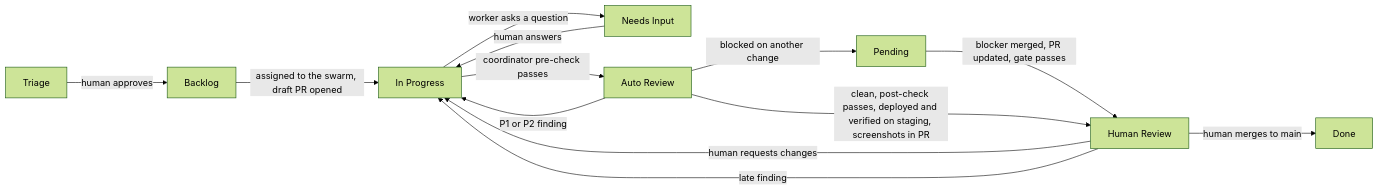
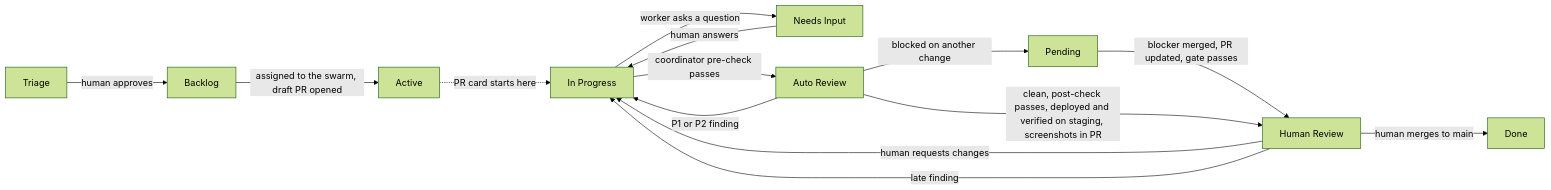
The diagram in workflow.md (tangentcode/methodology), drawn with Mermaid (forest theme) before and after one commit. The commit also changed other lines of this file and 2 other files, not shown here.

````diff
--- a/workflow.md
+++ b/workflow.md
@@ -32,15 +32,16 @@
 ```mermaid
 flowchart LR
     T[Triage] -->|human approves| B[Backlog]
-    B -->|assigned to the swarm, draft PR opened| IP[In Progress]
+    B -->|assigned to the swarm, draft PR opened| AC[Active]
+    AC -.->|PR card starts here| IP[In Progress]
     IP -->|worker asks a question| NI[Needs Input]
     NI -->|human answers| IP
     IP -->|coordinator pre-check passes| AR[Auto Review]
     AR -->|P1 or P2 finding| IP
     AR -->|blocked on another change| P[Pending]
     P -->|blocker merged, PR updated, gate passes| HR
     AR -->|clean, post-check passes, deployed and verified on staging, screenshots in PR| HR[Human Review]
     HR -->|human requests changes| IP
     HR -->|late finding| IP
     HR -->|human merges to main| D[Done]
 ```
````
